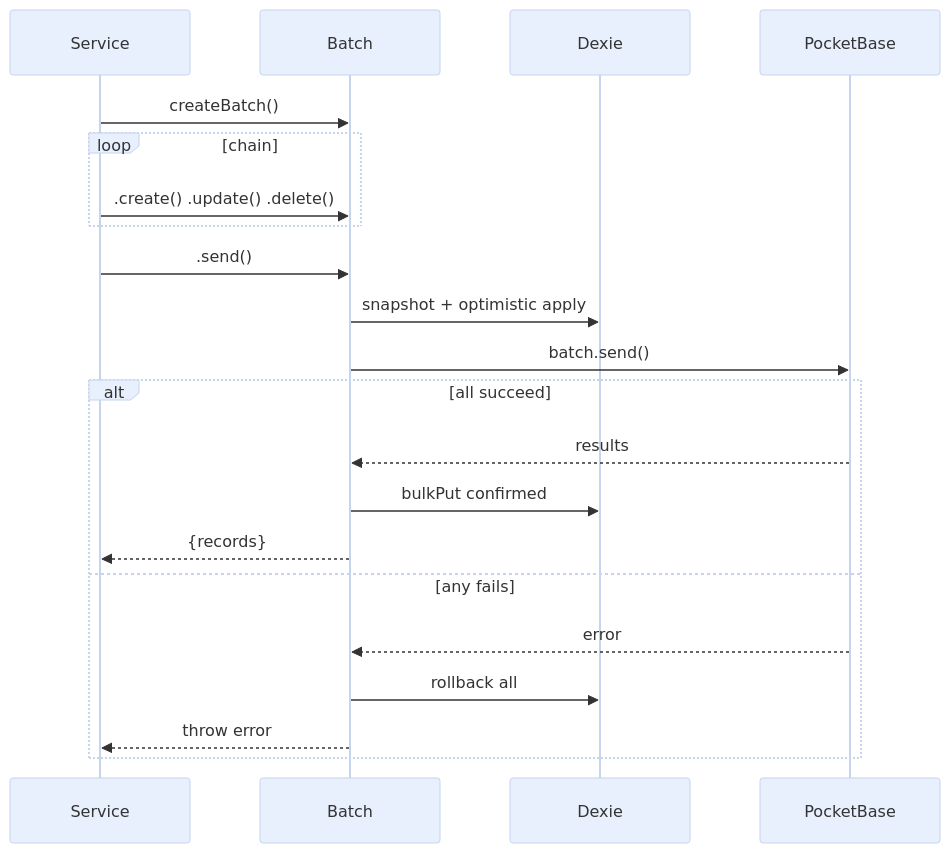
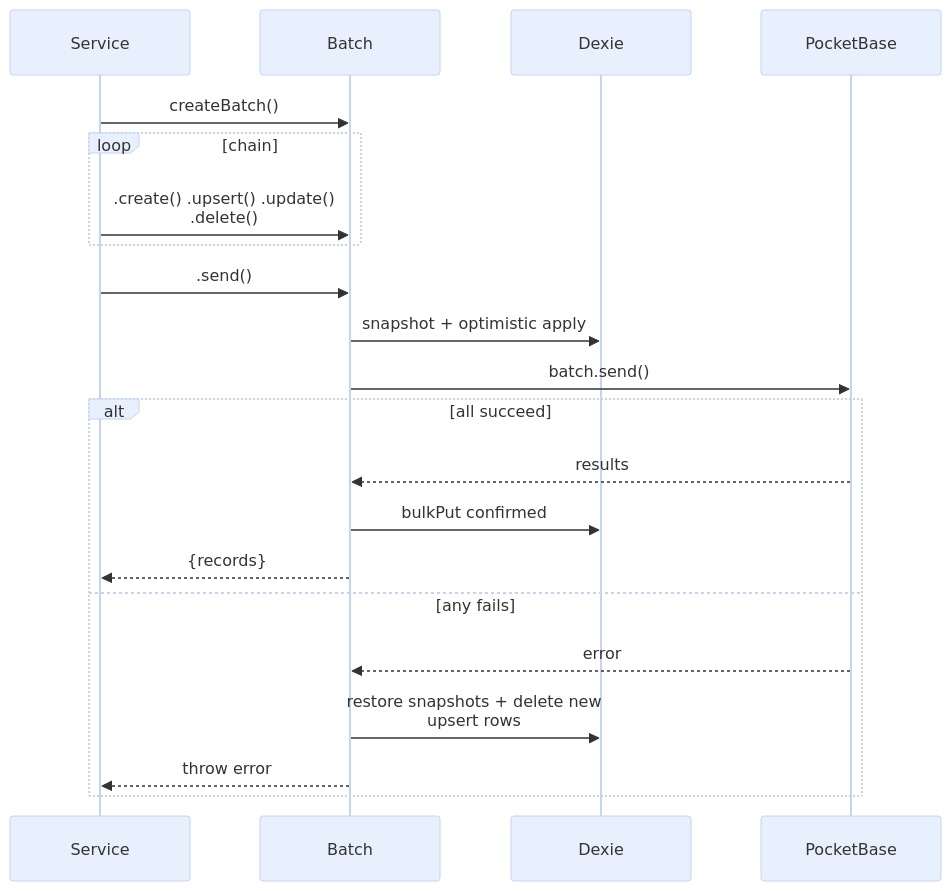
Before and after one commit to encas-parka/enka-cookbook-site: the fourth of 4 diagrams in svelte-app/src/lib/db-sync/README.md, drawn with Mermaid. The commit also changed other lines of this file, not shown here.

````diff
--- a/svelte-app/src/lib/db-sync/README.md
+++ b/svelte-app/src/lib/db-sync/README.md
@@ -198,27 +228,27 @@
 ```mermaid
 %%{init: {'theme': 'base', 'themeVariables': {'background':'#f8f9fa','primaryColor':'#e8f0fe','secondaryColor':'#fef3e2','tertiaryColor':'#e8f5e9','lineColor':'#555','fontSize':'13px'}, 'sequence': {'wrap':true,'width':180,'actorMargin':70,'messageMargin':36,'boxMargin':10,'noteMargin':10}}}%%
 sequenceDiagram
     participant UI as Service
     participant B as Batch
     participant DX as Dexie
     participant PB as PocketBase
 
     UI->>B: createBatch()
     loop chain
-        UI->>B: .create() .update() .delete()
+        UI->>B: .create() .upsert() .update() .delete()
     end
 
     UI->>B: .send()
     B->>DX: snapshot + optimistic apply
     B->>PB: batch.send()
 
     alt all succeed
         PB-->>B: results
         B->>DX: bulkPut confirmed
         B-->>UI: {records}
     else any fails
         PB-->>B: error
-        B->>DX: rollback all
+        B->>DX: restore snapshots + delete new upsert rows
         B-->>UI: throw error
     end
 ```
````
